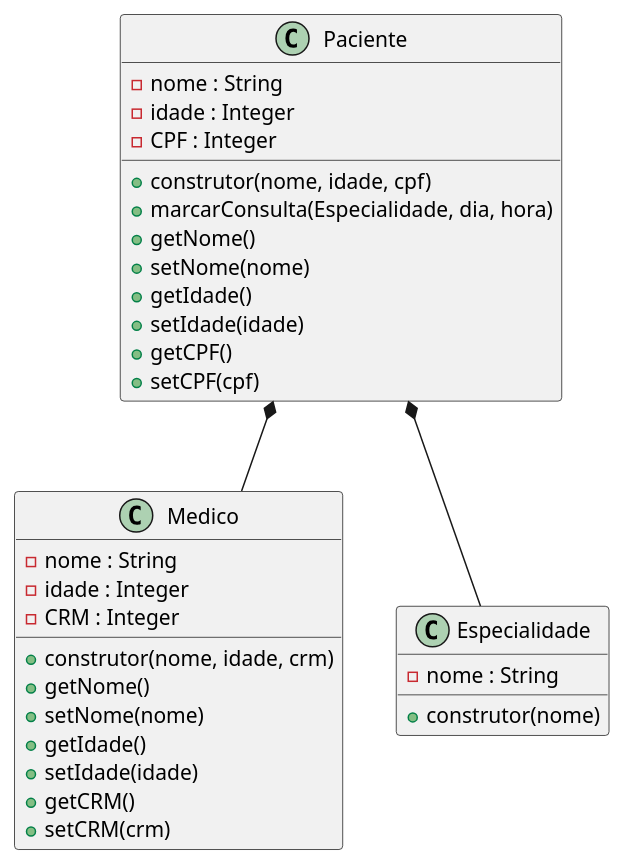
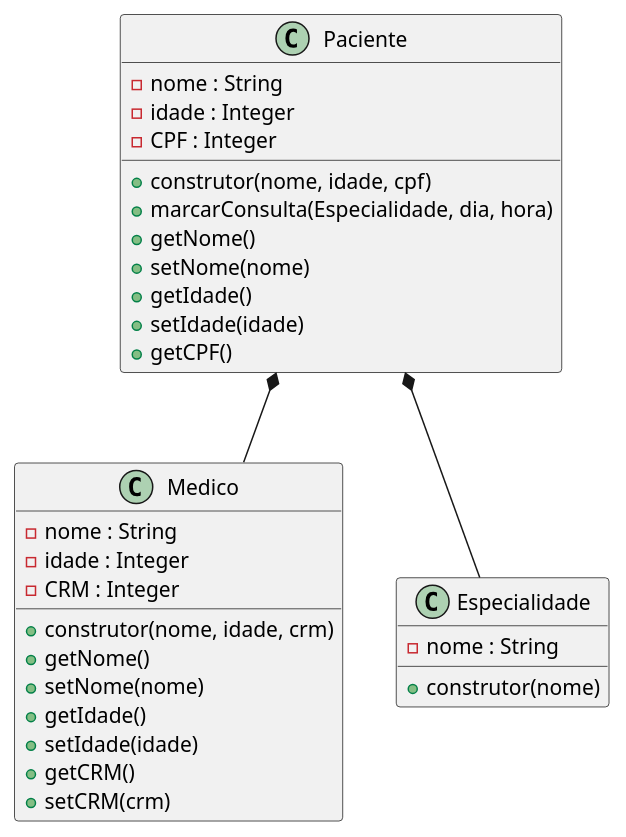
Before and after one commit to anleaes/2022-1-N2-POO-03: the diagram in diagrama.plantuml, drawn with PlantUML.

Commit message:
tirado setCPF da classe paciente

```diff
--- a/diagrama.plantuml
+++ b/diagrama.plantuml
@@ -1,38 +1,37 @@
 @startuml Gerenciamento de Exames Medicos
 
     class Paciente{
         - nome : String
         - idade : Integer
         - CPF : Integer
         + construtor(nome, idade, cpf)
         + marcarConsulta(Especialidade, dia, hora)
         + getNome()
         + setNome(nome)
         + getIdade()
         + setIdade(idade)
         + getCPF()
-        + setCPF(cpf)
     }
 
     class Medico{
         - nome : String
         - idade : Integer
         - CRM : Integer
         + construtor(nome, idade, crm)
         + getNome()
         + setNome(nome)
         + getIdade()
         + setIdade(idade)
         + getCRM()
         + setCRM(crm)
     }
 
     class Especialidade{
         - nome : String
         + construtor(nome)
     }
 
     Paciente *-- Medico
     Paciente *-- Especialidade
 
 @enduml
```
